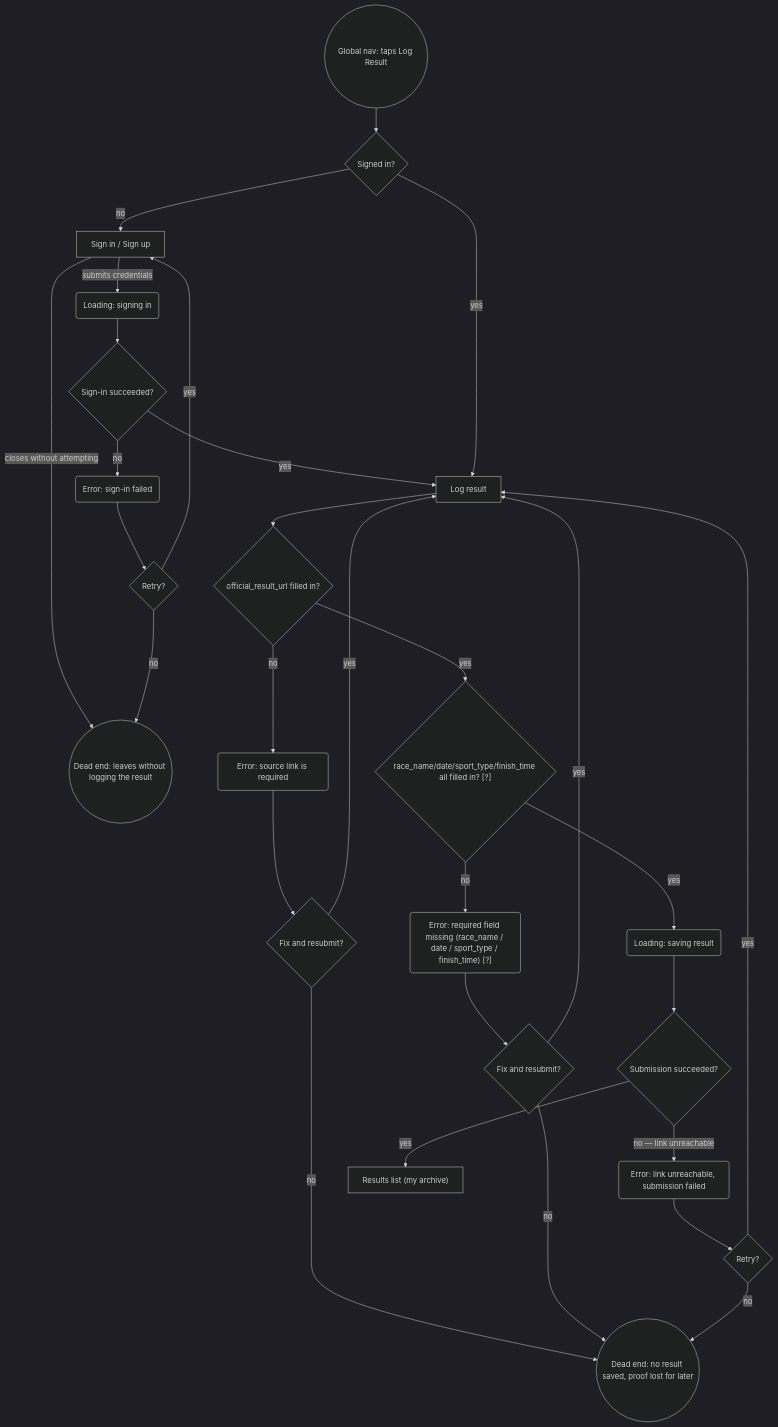
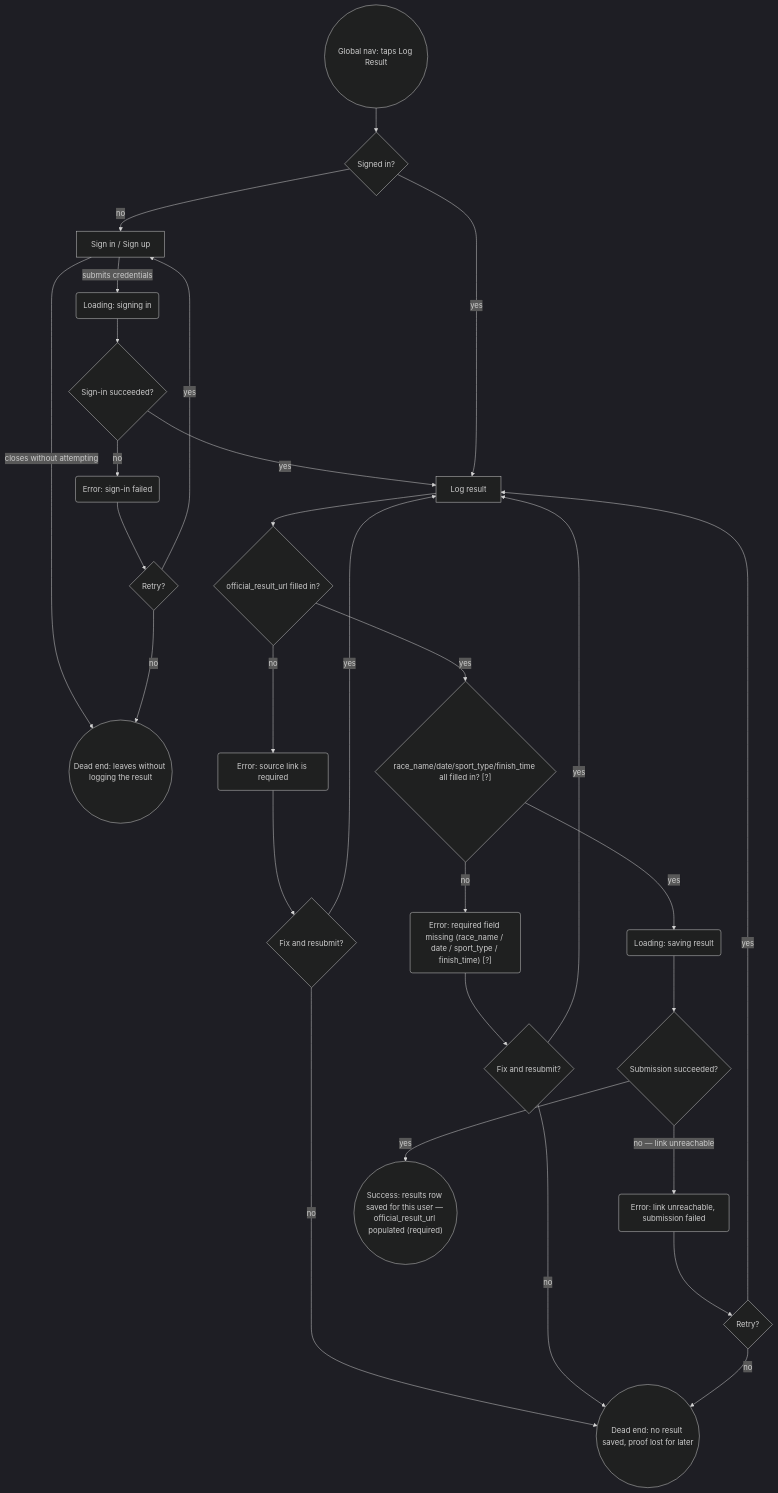
One commit to JuliaMakedonska/Onrace changed the second of 3 diagrams in flows.md. Above: the diagram before and after it, drawn with Mermaid (dark theme). The commit also changed other lines of this file, not shown here.

First line of the commit message:
Tighten success endpoints to verifiable conditions, not vague destinations

````diff
--- a/flows.md
+++ b/flows.md
@@ -111,31 +119,31 @@
 ```mermaid
 flowchart TD
     Start2(("Global nav: taps Log Result")) --> AuthCheck{"Signed in?"}
     AuthCheck -->|"no"| SignIn["Sign in / Sign up"]
     SignIn -->|"submits credentials"| SigningIn("Loading: signing in")
     SignIn -->|"closes without attempting"| DeadEnd2
     SigningIn --> AuthResult{"Sign-in succeeded?"}
     AuthResult -->|"no"| AuthError("Error: sign-in failed")
     AuthError --> AuthRetry{"Retry?"}
     AuthRetry -->|"yes"| SignIn
     AuthRetry -->|"no"| DeadEnd2(("Dead end: leaves without logging the result"))
     AuthResult -->|"yes"| LogForm["Log result"]
     AuthCheck -->|"yes"| LogForm
     LogForm --> HasLink{"official_result_url filled in?"}
     HasLink -->|"no"| ValidationError("Error: source link is required")
     ValidationError --> ValidationRetry{"Fix and resubmit?"}
     ValidationRetry -->|"yes"| LogForm
     ValidationRetry -->|"no"| DeadEnd3(("Dead end: no result saved, proof lost for later"))
     HasLink -->|"yes"| HasOtherRequired{"race_name/date/sport_type/finish_time all filled in? [?]"}
     HasOtherRequired -->|"no"| OtherFieldError("Error: required field missing (race_name / date / sport_type / finish_time) [?]")
     OtherFieldError --> OtherFieldRetry{"Fix and resubmit?"}
     OtherFieldRetry -->|"yes"| LogForm
     OtherFieldRetry -->|"no"| DeadEnd3
     HasOtherRequired -->|"yes"| Submitting("Loading: saving result")
     Submitting --> SubmitOK{"Submission succeeded?"}
     SubmitOK -->|"no — link unreachable"| SubmitError("Error: link unreachable, submission failed")
     SubmitError --> SubmitRetry{"Retry?"}
     SubmitRetry -->|"yes"| LogForm
     SubmitRetry -->|"no"| DeadEnd3
-    SubmitOK -->|"yes"| ResultsList["Results list (my archive)"]
+    SubmitOK -->|"yes"| Success2(("Success: results row saved for this user — official_result_url populated (required)"))
 ```
````
